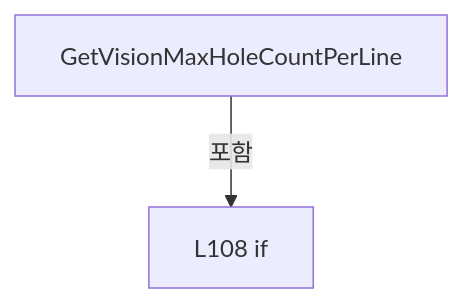
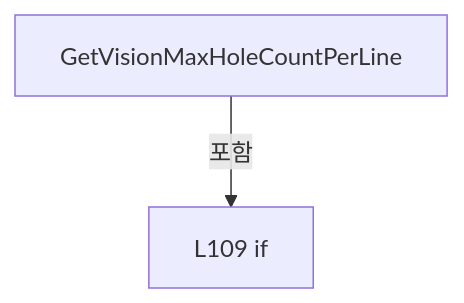
Before and after one commit to kjuws10-rgb/Shared: the sixth of 11 diagrams in A3 LD Code Ref/files/Drilling.Common/Managers/CSettingManager.cs.md, drawn with Mermaid. The commit also changed other lines of this file and 2071 other files, not shown here.

Commit message:
docs(a3): update 11.19.0 architecture and code reference

````diff
--- a/A3 LD Code Ref/files/Drilling.Common/Managers/CSettingManager.cs.md
+++ b/A3 LD Code Ref/files/Drilling.Common/Managers/CSettingManager.cs.md
@@ -854,6 +856,6 @@
 ```mermaid
 flowchart TD
  M["GetVisionMaxHoleCountPerLine"]
- N0["L108 if"]
+ N0["L109 if"]
  M -->|포함| N0
 ```
````
